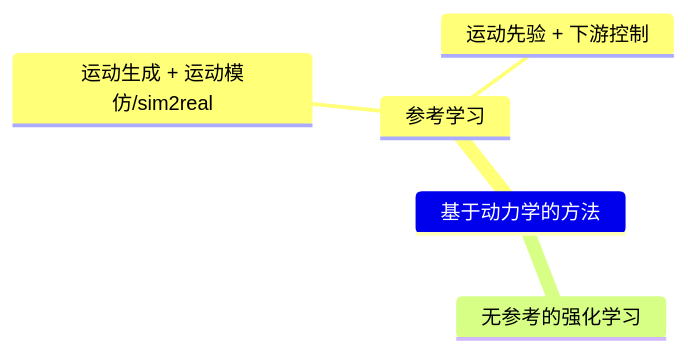
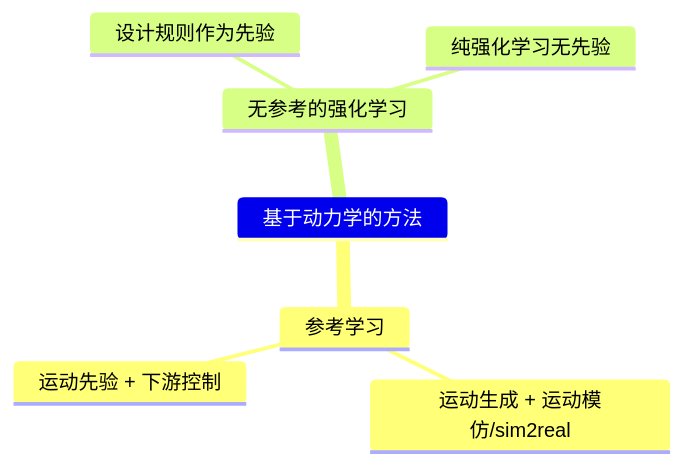
Before and after one commit to CaterpillarStudyGroup/GAMES105_mdbook: the tenth of 10 diagrams in src/Application/Locomotion.md, drawn with Mermaid. The commit also changed other lines of this file, not shown here.

````diff
--- a/src/Application/Locomotion.md
+++ b/src/Application/Locomotion.md
@@ -285,8 +302,10 @@
 ```mermaid
 mindmap
 基于动力学的方法
     参考学习
         运动生成 + 运动模仿/sim2real
         运动先验 + 下游控制
     无参考的强化学习
+        设计规则作为先验
+        纯强化学习无先验
 ```
````
